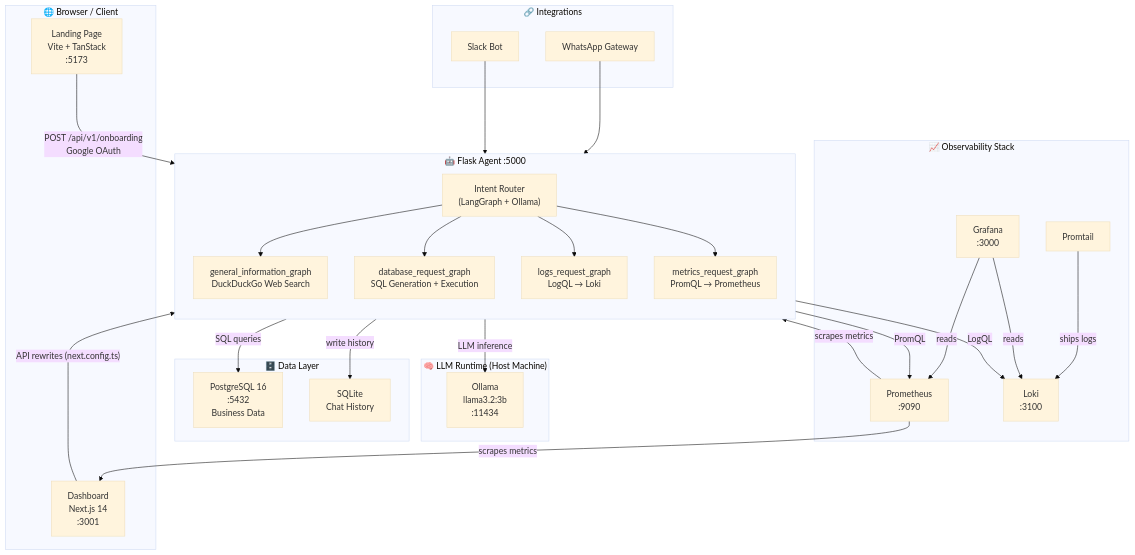
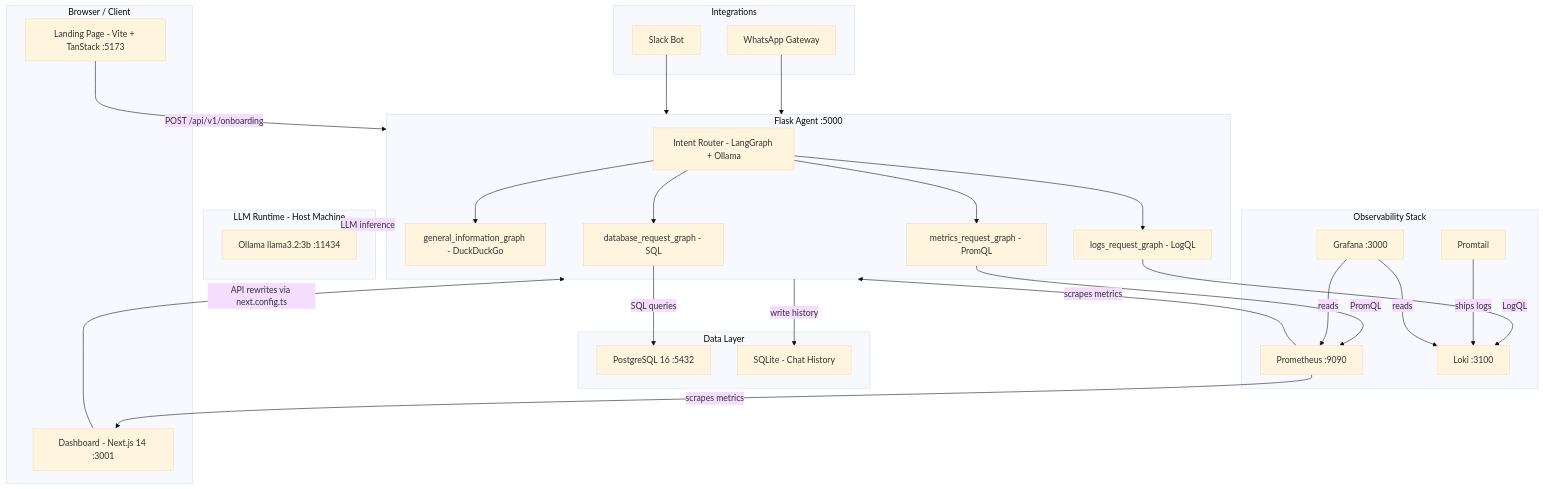
The first of 2 diagrams in docs/ARCHITECTURE.md (mohitkumhar/business-ai-agent), drawn with Mermaid (base theme) before and after one commit. The commit also changed other lines of this file, not shown here.

Commit message:
docs: fix Mermaid diagram syntax for GitHub rendering

````diff
--- a/docs/ARCHITECTURE.md
+++ b/docs/ARCHITECTURE.md
@@ -32,56 +32,55 @@
 ```mermaid
 flowchart TD
-    subgraph Browser["🌐 Browser / Client"]
-        LP["Landing Page\nVite + TanStack\n:5173"]
-        DB["Dashboard\nNext.js 14\n:3001"]
+    subgraph Browser["Browser / Client"]
+        LP["Landing Page - Vite + TanStack :5173"]
+        DB["Dashboard - Next.js 14 :3001"]
     end
 
-    subgraph Agent["🤖 Flask Agent :5000"]
-        direction TB
-        IR["Intent Router\n(LangGraph + Ollama)"]
-        GI["general_information_graph\nDuckDuckGo Web Search"]
-        DQ["database_request_graph\nSQL Generation + Execution"]
-        LQ["logs_request_graph\nLogQL → Loki"]
-        MQ["metrics_request_graph\nPromQL → Prometheus"]
+    subgraph Agent["Flask Agent :5000"]
+        IR["Intent Router - LangGraph + Ollama"]
+        GI["general_information_graph - DuckDuckGo"]
+        DQ["database_request_graph - SQL"]
+        LQ["logs_request_graph - LogQL"]
+        MQ["metrics_request_graph - PromQL"]
         IR --> GI
         IR --> DQ
         IR --> LQ
         IR --> MQ
     end
 
-    subgraph LLM["🧠 LLM Runtime (Host Machine)"]
-        OL["Ollama\nllama3.2:3b\n:11434"]
+    subgraph LLM["LLM Runtime - Host Machine"]
+        OL["Ollama llama3.2:3b :11434"]
     end
 
-    subgraph Data["🗄️ Data Layer"]
-        PG["PostgreSQL 16\n:5432\nBusiness Data"]
-        SQ["SQLite\nChat History"]
+    subgraph Data["Data Layer"]
+        PG["PostgreSQL 16 :5432"]
+        SQ["SQLite - Chat History"]
     end
 
-    subgraph Obs["📈 Observability Stack"]
-        PR["Prometheus\n:9090"]
-        GR["Grafana\n:3000"]
-        LK["Loki\n:3100"]
+    subgraph Obs["Observability Stack"]
+        PR["Prometheus :9090"]
+        GR["Grafana :3000"]
+        LK["Loki :3100"]
         PT["Promtail"]
     end
 
-    subgraph Integrations["🔗 Integrations"]
+    subgraph Integrations["Integrations"]
         WA["WhatsApp Gateway"]
         SL["Slack Bot"]
     end
 
-    LP -- "POST /api/v1/onboarding\nGoogle OAuth" --> Agent
-    DB -- "API rewrites (next.config.ts)" --> Agent
+    LP -- "POST /api/v1/onboarding" --> Agent
+    DB -- "API rewrites via next.config.ts" --> Agent
     Agent -- "LLM inference" --> OL
     DQ -- "SQL queries" --> PG
     Agent -- "write history" --> SQ
     LQ -- "LogQL" --> LK
     MQ -- "PromQL" --> PR
     PR -- "scrapes metrics" --> Agent
     PR -- "scrapes metrics" --> DB
     PT -- "ships logs" --> LK
     GR -- "reads" --> PR
     GR -- "reads" --> LK
     WA --> Agent
     SL --> Agent
 ```
````
